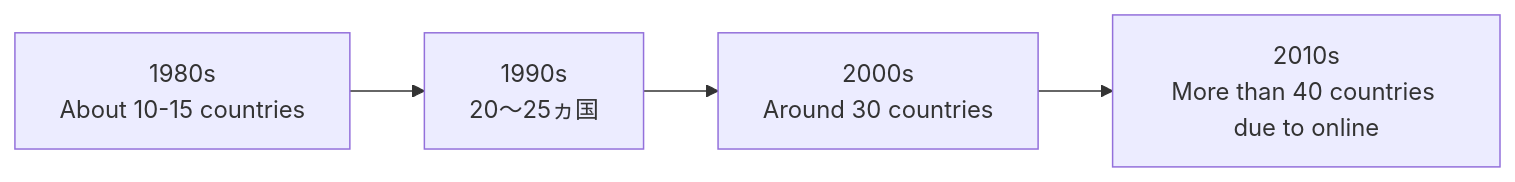
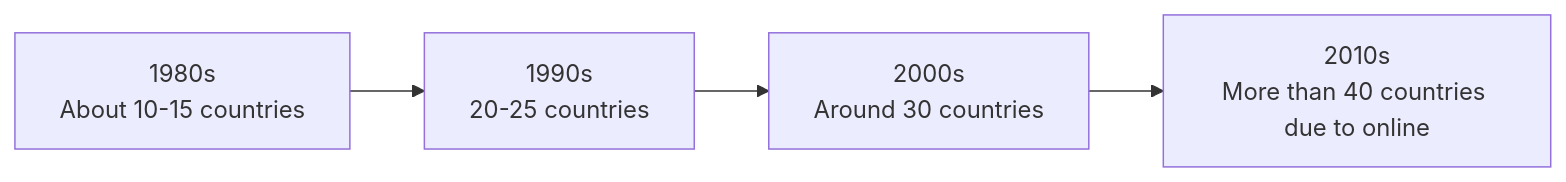
Before and after one commit to monumental-movement/monumental-movement.github.io: the sixth of 9 diagrams in en/_posts/2025-11-23-column-dmc-world-dj-championship.md, drawn with Mermaid. The commit also changed other lines of this file and 851 other files, not shown here.

```diff
--- a/en/_posts/2025-11-23-column-dmc-world-dj-championship.md
+++ b/en/_posts/2025-11-23-column-dmc-world-dj-championship.md
@@ -342,6 +342,6 @@
 <div class="mermaid">
 graph LR
-    A[1980s<br>About 10-15 countries] --> B[1990s<br>20〜25ヵ国]
+    A[1980s<br>About 10-15 countries] --> B[1990s<br>20-25 countries]
     B --> C[2000s<br>Around 30 countries]
     C --> D[2010s<br>More than 40 countries due to online]
 </div>
```
